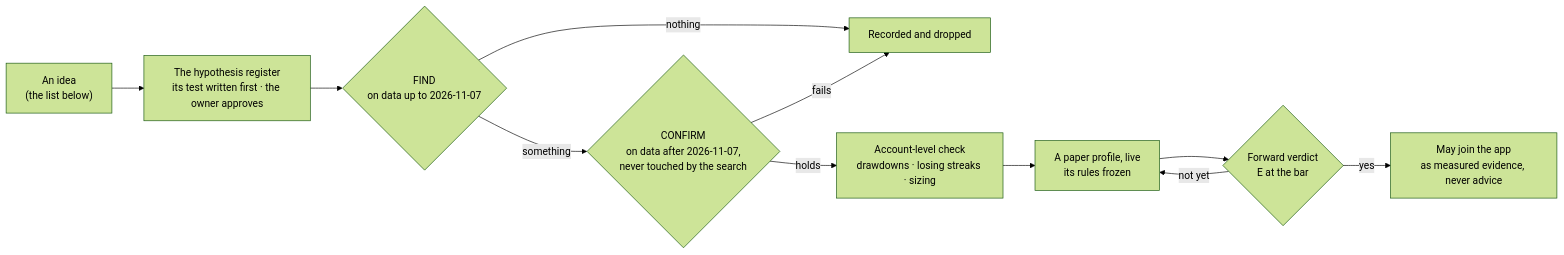
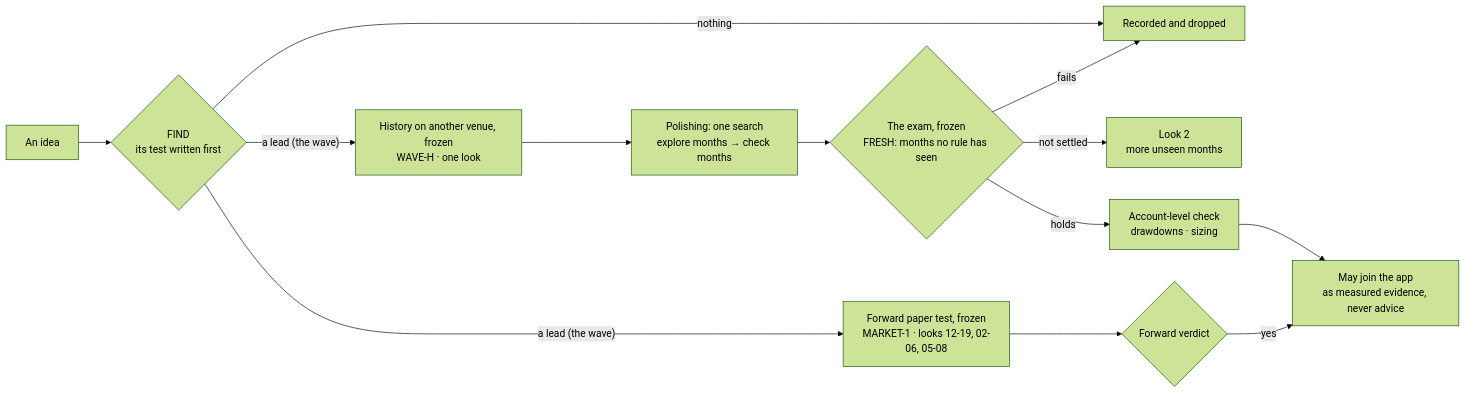
One commit to eastbeastSRB/polymarket-follow changed the third of 3 diagrams in docs/claude-master-plan.md. Above: the diagram before and after it, drawn with Mermaid (forest theme). The commit also changed other lines of this file, not shown here.

Commit message:
docs: plan page - the road to v1 brought in step: Phase 1 (the collector) built and recording, Phase 2 (round 2's FIND) done with what came of it and what is still dated; the idea-to-app diagram redrawn as the road is run (FIND, forward test, history on another venue, polishing, the exam on unseen months) (supervisor)

````diff
--- a/docs/claude-master-plan.md
+++ b/docs/claude-master-plan.md
@@ -211,13 +212,15 @@
 ```mermaid
 flowchart LR
-  I["An idea<br/>(the list below)"] --> R["The hypothesis register<br/>its test written first · the owner approves"]
-  R --> F{"FIND<br/>on data up to 2026-11-07"}
+  I["An idea"] --> F{"FIND<br/>its test written first"}
   F -->|"nothing"| X["Recorded and dropped"]
-  F -->|"something"| C{"CONFIRM<br/>on data after 2026-11-07,<br/>never touched by the search"}
-  C -->|"fails"| X
-  C -->|"holds"| S["Account-level check<br/>drawdowns · losing streaks · sizing"]
-  S --> PP["A paper profile, live<br/>its rules frozen"]
-  PP --> V{"Forward verdict<br/>E at the bar"}
-  V -->|"not yet"| PP
-  V -->|"yes"| A["May join the app<br/>as measured evidence, never advice"]
+  F -->|"a lead (the wave)"| FW["Forward paper test, frozen<br/>MARKET-1 · looks 12-19, 02-06, 05-08"]
+  F -->|"a lead (the wave)"| H["History on another venue, frozen<br/>WAVE-H · one look"]
+  H --> PO["Polishing: one search<br/>explore months → check months"]
+  PO --> EX{"The exam, frozen<br/>FRESH: months no rule has seen"}
+  EX -->|"fails"| X
+  EX -->|"not settled"| L2["Look 2<br/>more unseen months"]
+  EX -->|"holds"| S["Account-level check<br/>drawdowns · sizing"]
+  FW --> V{"Forward verdict"}
+  S --> A["May join the app<br/>as measured evidence, never advice"]
+  V -->|"yes"| A
 ```
````
